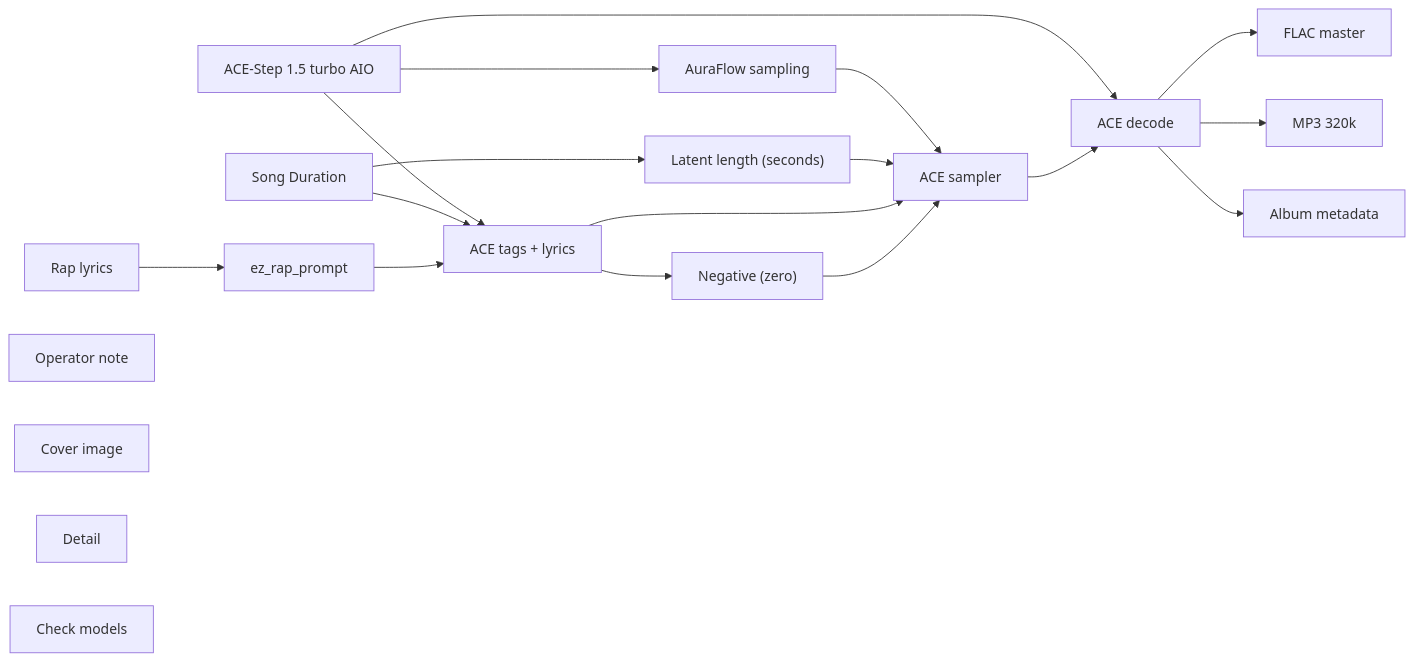
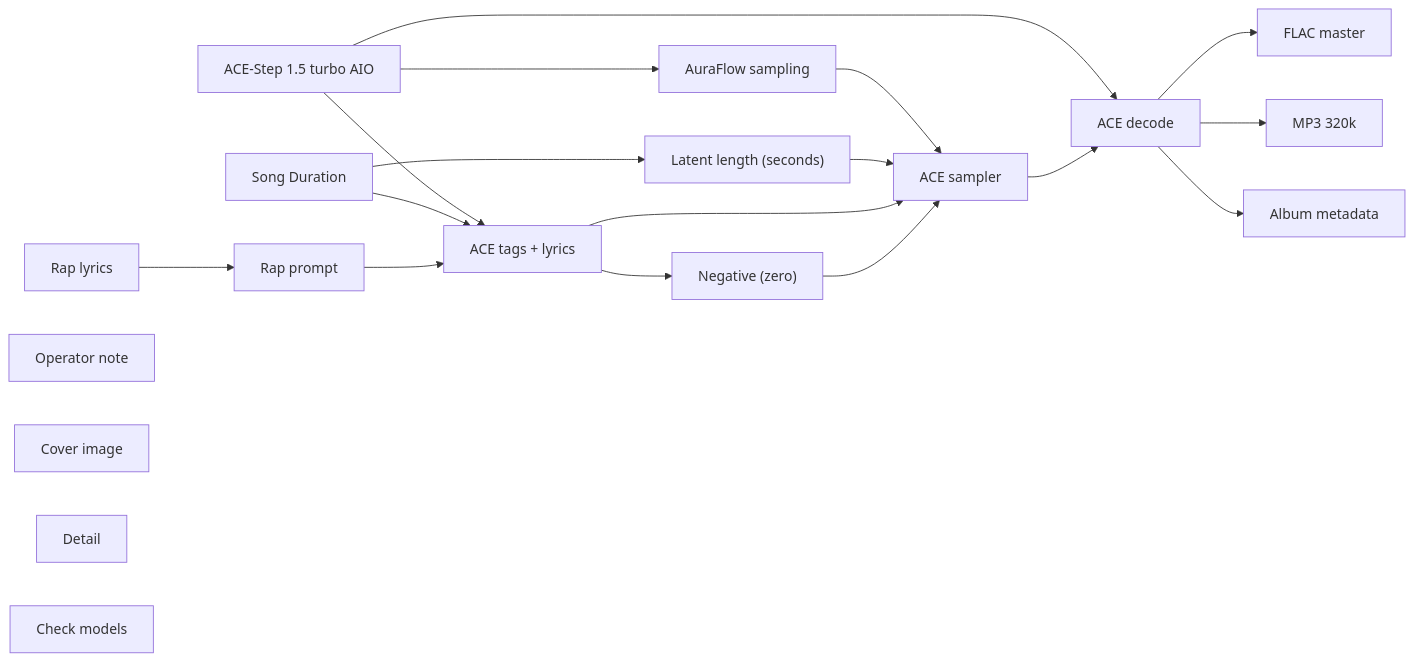
Before and after one commit to toxicoder/ez-comfy-stack: the diagram in docs/generated/workflows/audio/albums/nill-bye/citation-needed.md, drawn with Mermaid. The commit also changed other lines of this file and 259 other files, not shown here.

````diff
--- a/docs/generated/workflows/audio/albums/nill-bye/citation-needed.md
+++ b/docs/generated/workflows/audio/albums/nill-bye/citation-needed.md
@@ -51,36 +51,36 @@
 ```mermaid
 flowchart LR
   N1["ACE-Step 1.5 turbo AIO"]
   N2["AuraFlow sampling"]
   N3["Song Duration"]
   N4["Latent length (seconds)"]
   N15["Rap lyrics"]
-  N5["ez_rap_prompt"]
+  N5["Rap prompt"]
   N6["ACE tags + lyrics"]
   N7["Negative (zero)"]
   N8["ACE sampler"]
   N9["ACE decode"]
   N10["FLAC master"]
   N11["MP3 320k"]
   N12["Operator note"]
   N13["Cover image"]
   N14["Album metadata"]
   N16["Detail"]
   N17["Check models"]
   N1 --> N2
   N1 --> N6
   N1 --> N9
   N2 --> N8
   N3 --> N4
   N3 --> N6
   N4 --> N8
   N15 --> N5
   N5 --> N6
   N6 --> N8
   N6 --> N7
   N7 --> N8
   N8 --> N9
   N9 --> N10
   N9 --> N11
   N9 --> N14
 ```
````
